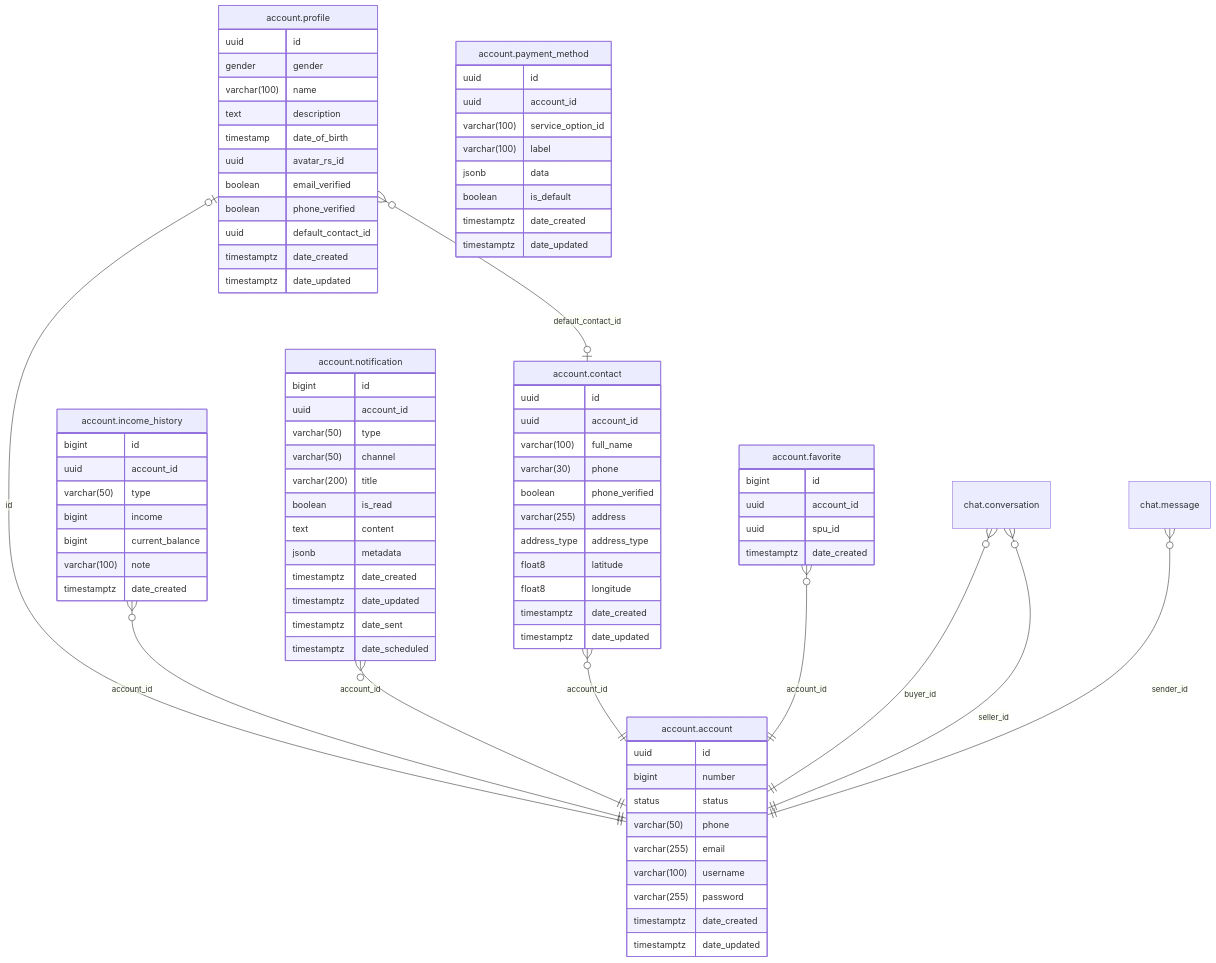
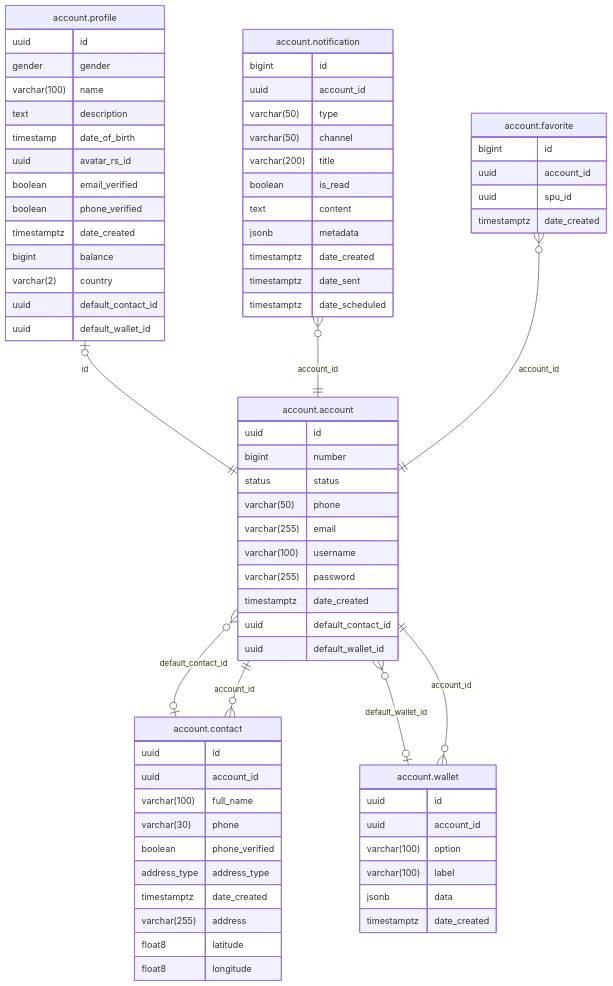
One commit to shopnexus/shopnexus-server changed the diagram in internal/module/account/README.md. Above: the diagram before and after it, drawn with Mermaid. The commit also changed 8 other files, not shown here.

Commit message:
update schema

````diff
--- a/internal/module/account/README.md
+++ b/internal/module/account/README.md
@@ -10,14 +10,12 @@
 ```mermaid
 erDiagram
+"account.account" }o--|o "account.contact" : "default_contact_id"
+"account.account" }o--|o "account.wallet" : "default_wallet_id"
+"account.contact" }o--|| "account.account" : "account_id"
 "account.profile" |o--|| "account.account" : "id"
-"account.profile" }o--|o "account.contact" : "default_contact_id"
-"account.income_history" }o--|| "account.account" : "account_id"
 "account.notification" }o--|| "account.account" : "account_id"
-"account.contact" }o--|| "account.account" : "account_id"
 "account.favorite" }o--|| "account.account" : "account_id"
-"chat.conversation" }o--|| "account.account" : "buyer_id"
-"chat.conversation" }o--|| "account.account" : "seller_id"
-"chat.message" }o--|| "account.account" : "sender_id"
+"account.wallet" }o--|| "account.account" : "account_id"
 
 "account.account" {
   uuid id
@@ -28,7 +26,8 @@
   varchar(100) username
   varchar(255) password
   timestamptz date_created
-  timestamptz date_updated
+  uuid default_contact_id
+  uuid default_wallet_id
 }
 "account.contact" {
   uuid id
@@ -36,26 +35,16 @@
   varchar(100) full_name
   varchar(30) phone
   boolean phone_verified
+  address_type address_type
+  timestamptz date_created
   varchar(255) address
-  address_type address_type
   float8 latitude
   float8 longitude
-  timestamptz date_created
-  timestamptz date_updated
 }
 "account.favorite" {
   bigint id
   uuid account_id
   uuid spu_id
-  timestamptz date_created
-}
-"account.income_history" {
-  bigint id
-  uuid account_id
-  varchar(50) type
-  bigint income
-  bigint current_balance
-  varchar(100) note
   timestamptz date_created
 }
 "account.notification" {
@@ -68,19 +57,8 @@
   text content
   jsonb metadata
   timestamptz date_created
-  timestamptz date_updated
   timestamptz date_sent
   timestamptz date_scheduled
-}
-"account.payment_method" {
-  uuid id
-  uuid account_id
-  varchar(100) service_option_id
-  varchar(100) label
-  jsonb data
-  boolean is_default
-  timestamptz date_created
-  timestamptz date_updated
 }
 "account.profile" {
   uuid id
@@ -91,8 +69,18 @@
   uuid avatar_rs_id
   boolean email_verified
   boolean phone_verified
+  timestamptz date_created
+  bigint balance
+  varchar(2) country
   uuid default_contact_id
+  uuid default_wallet_id
+}
+"account.wallet" {
+  uuid id
+  uuid account_id
+  varchar(100) option
+  varchar(100) label
+  jsonb data
   timestamptz date_created
-  timestamptz date_updated
 }
 ```
````
